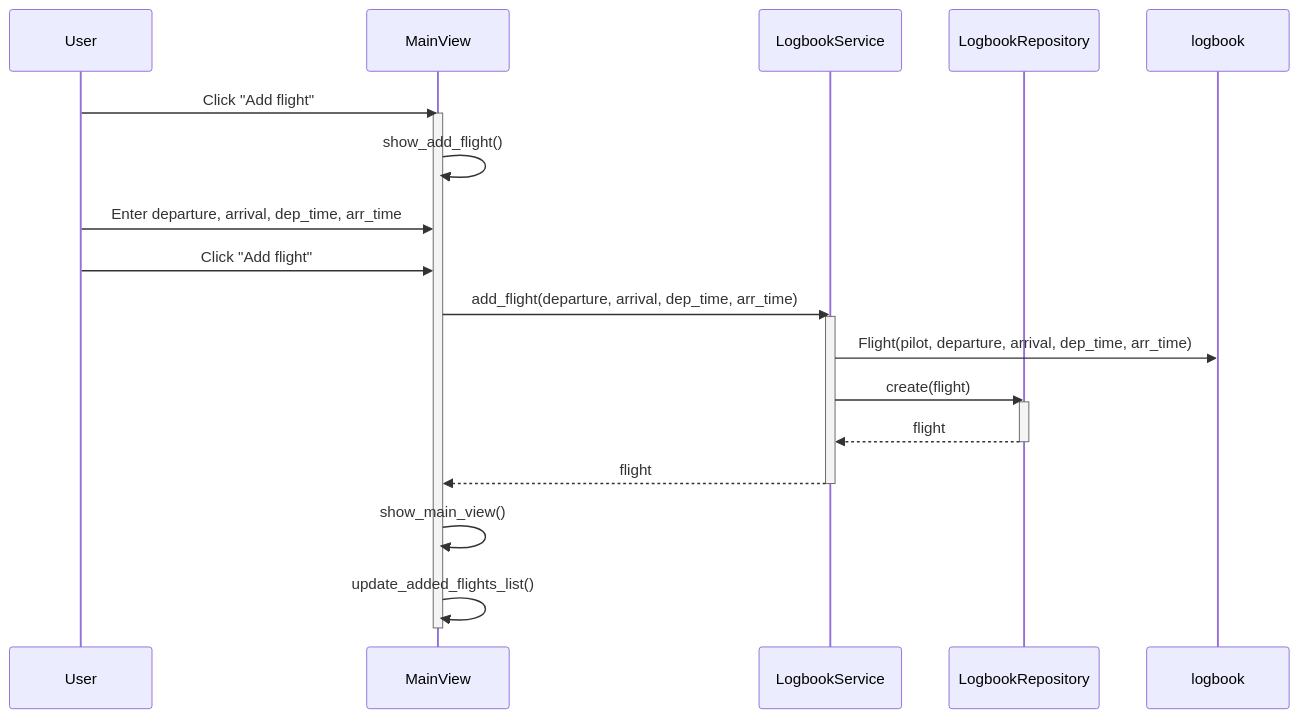
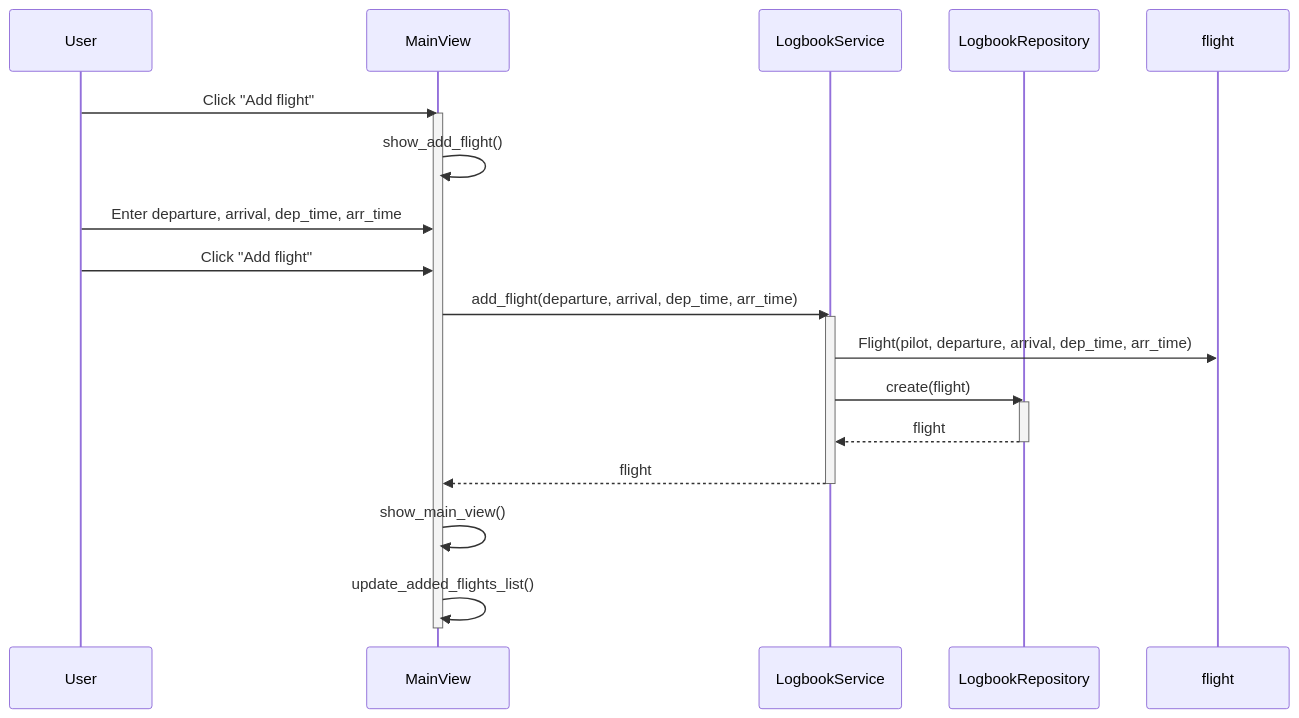
One commit to ilmari21/ot-harjoitustyo changed the second of 2 diagrams in dokumentaatio/arkkitehtuuri.md. Above: the diagram before and after it, drawn with Mermaid.

````diff
--- a/dokumentaatio/arkkitehtuuri.md
+++ b/dokumentaatio/arkkitehtuuri.md
@@ -39,28 +39,28 @@
 ```mermaid
  sequenceDiagram
     participant User
     participant MainView
     participant LogbookService
     participant LogbookRepository
-    participant logbook
+    participant flight
 
     User->>MainView: Click "Add flight"
     activate MainView
     MainView->>MainView: show_add_flight()
     
     User->>MainView: Enter departure, arrival, dep_time, arr_time
     User->>MainView: Click "Add flight"
     MainView->>LogbookService: add_flight(departure, arrival, dep_time, arr_time)
     activate LogbookService
-    LogbookService->>logbook: Flight(pilot, departure, arrival, dep_time, arr_time)
+    LogbookService->>flight: Flight(pilot, departure, arrival, dep_time, arr_time)
     LogbookService->>LogbookRepository: create(flight)
     activate LogbookRepository
     LogbookRepository-->>LogbookService: flight
     deactivate LogbookRepository
     LogbookService-->>MainView: flight
     deactivate LogbookService
 
     MainView->>MainView: show_main_view()
     MainView->>MainView: update_added_flights_list()
     deactivate MainView
 ```
````
